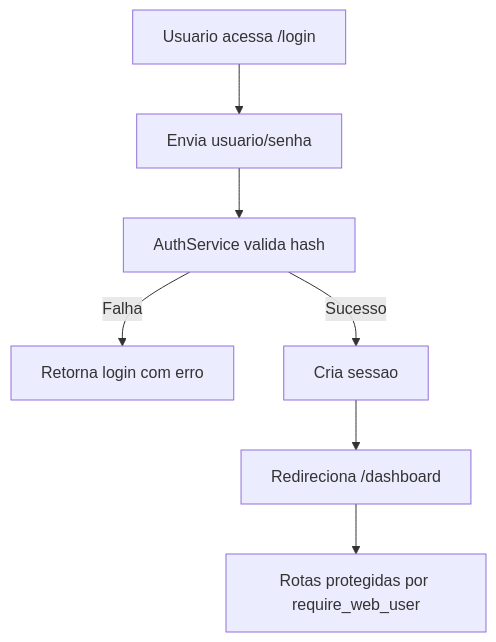
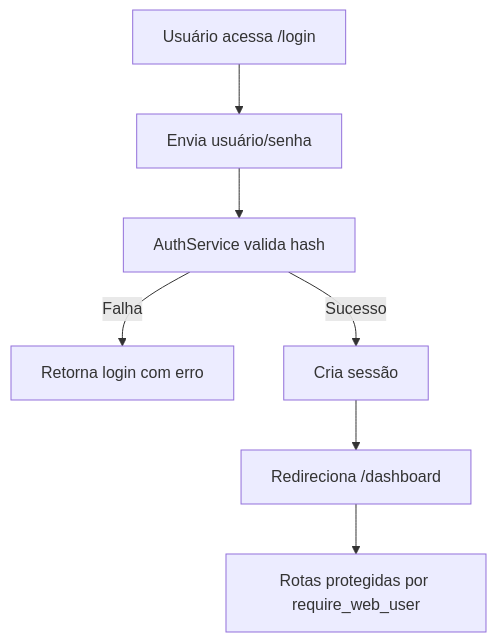
One commit to RodrigoTejada41/INTEGRADO_WEB_XD changed the second of 3 diagrams in sync-admin/docs/13-FLUXOGRAMA-ATUAL.md. Above: the diagram before and after it, drawn with Mermaid. The commit also changed other lines of this file and 3 other files, not shown here.

````diff
--- a/sync-admin/docs/13-FLUXOGRAMA-ATUAL.md
+++ b/sync-admin/docs/13-FLUXOGRAMA-ATUAL.md
@@ -23,9 +23,9 @@
 ```mermaid
 flowchart TD
-    A[Usuario acessa /login] --> B[Envia usuario/senha]
+    A[Usuário acessa /login] --> B[Envia usuário/senha]
     B --> C[AuthService valida hash]
     C -->|Falha| D[Retorna login com erro]
-    C -->|Sucesso| E[Cria sessao]
+    C -->|Sucesso| E[Cria sessão]
     E --> F[Redireciona /dashboard]
     F --> G[Rotas protegidas por require_web_user]
 ```
````
